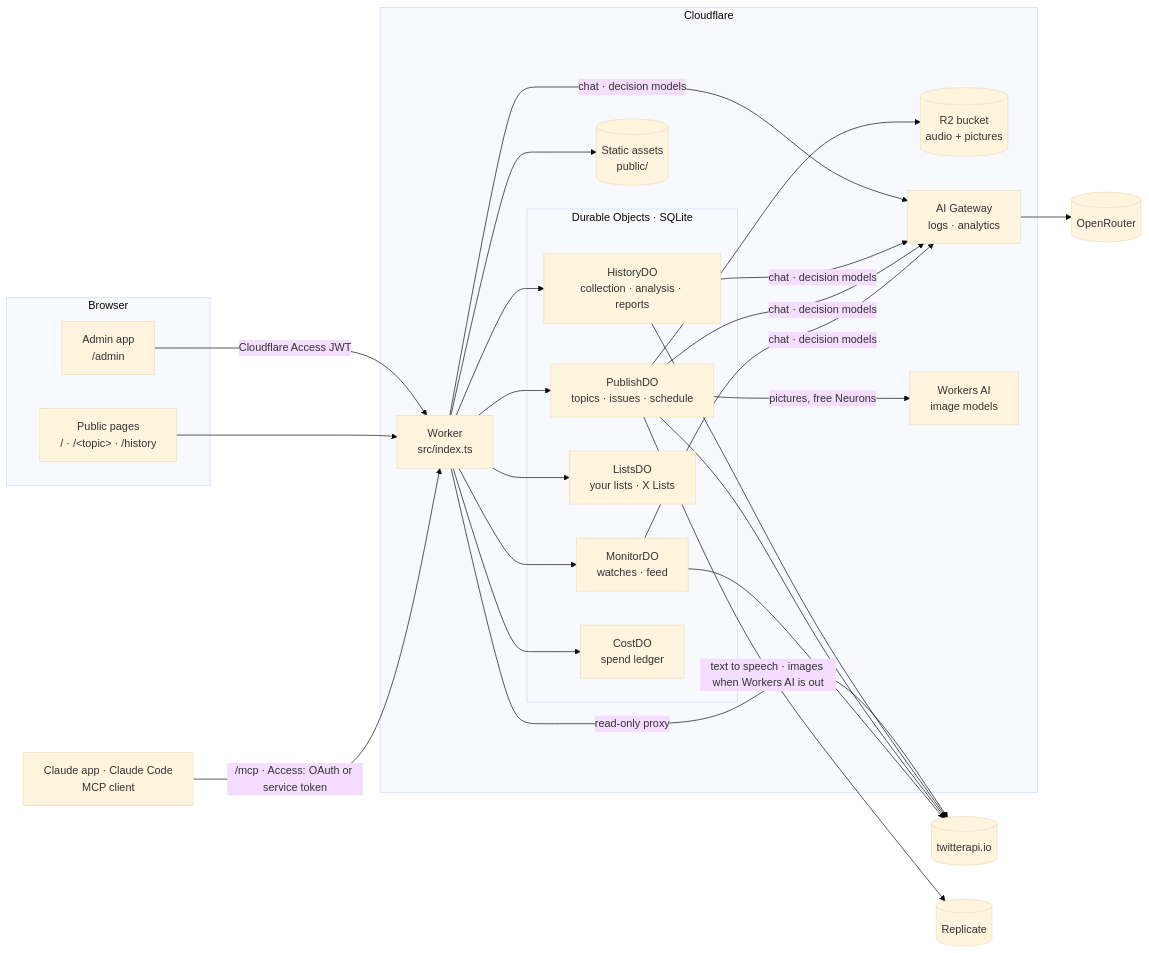
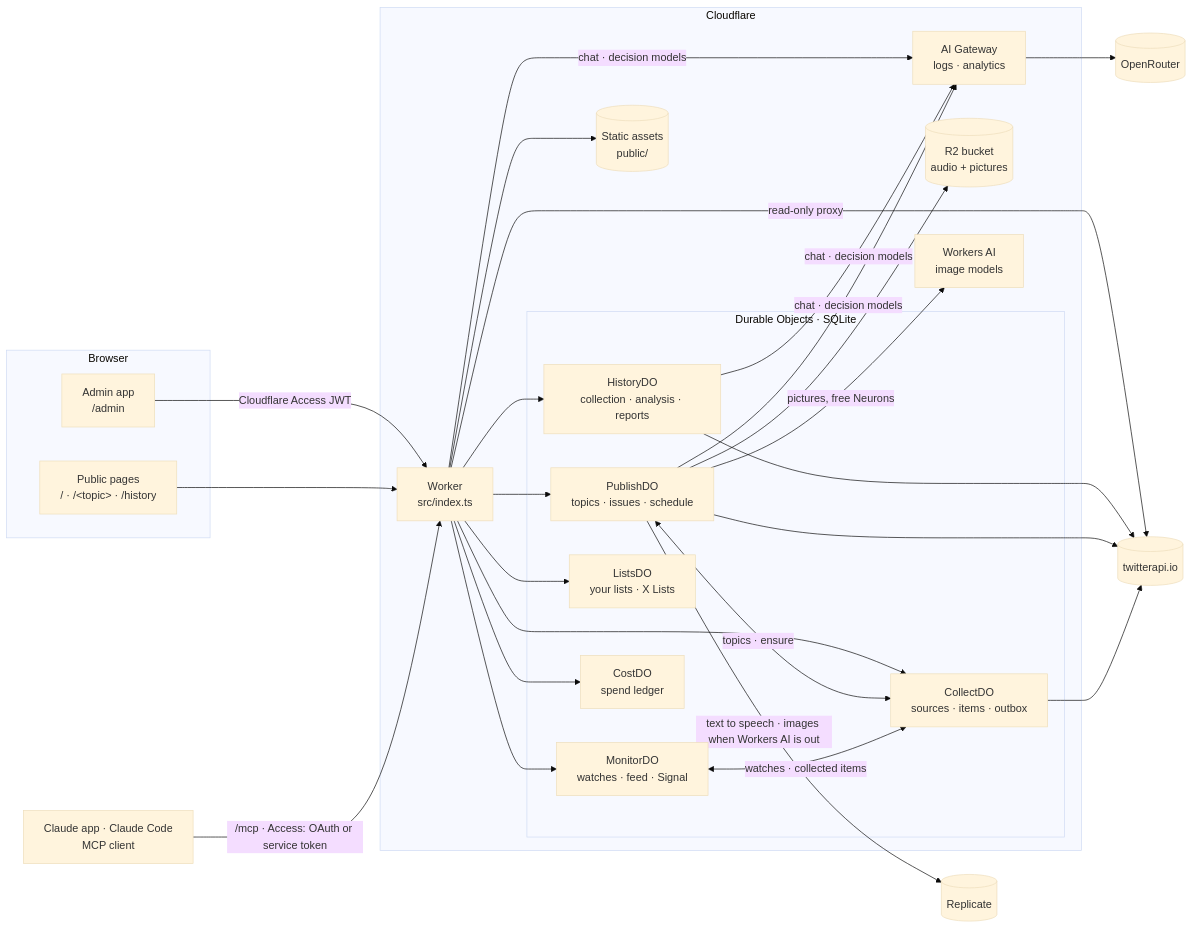
Before and after one commit to fredrikp999/cf-tweetexplorer: the diagram in docs/architecture.md, drawn with Mermaid (base theme). The commit also changed other lines of this file and 17 other files, not shown here.

First line of the commit message:
Data collection is its own layer: briefings, Signal and feed pages declare what they need, sources are collected once, and a Collection tab shows what is fetched, how often, what it cost and who uses it, with a browser for the collected data

````diff
--- a/docs/architecture.md
+++ b/docs/architecture.md
@@ -3,37 +3,40 @@
 ```mermaid
 flowchart LR
   subgraph Browser
     A[Admin app<br/>/admin]
     P[Public pages<br/>/ · /&lt;topic&gt; · /history]
   end
   CL[Claude app · Claude Code<br/>MCP client]
 
   A -->|Cloudflare Access JWT| W
   P --> W
   CL -->|/mcp · Access: OAuth or service token| W
 
   subgraph CF[Cloudflare]
     W[Worker<br/>src/index.ts]
     ASSETS[(Static assets<br/>public/)]
     subgraph DO[Durable Objects · SQLite]
       HIS[HistoryDO<br/>collection · analysis · reports]
       PUB[PublishDO<br/>topics · issues · schedule]
       LST[ListsDO<br/>your lists · X Lists]
-      MON[MonitorDO<br/>watches · feed]
+      MON[MonitorDO<br/>watches · feed · Signal]
+      COL[CollectDO<br/>sources · items · outbox]
       CST[CostDO<br/>spend ledger]
     end
     R2[(R2 bucket<br/>audio + pictures)]
     AIG[AI Gateway<br/>logs · analytics]
     WAI[Workers AI<br/>image models]
     W --> ASSETS
-    W --> HIS & PUB & LST & MON & CST
+    W --> HIS & PUB & LST & MON & COL & CST
+    PUB <-->|topics · ensure| COL
+    MON <-->|watches · collected items| COL
     PUB --> R2
     PUB -->|pictures, free Neurons| WAI
   end
 
   W -->|read-only proxy| TW[(twitterapi.io)]
-  HIS & PUB & MON --> TW
-  W & HIS & PUB & MON -->|chat · decision models| AIG
+  HIS & PUB & COL --> TW
+  W & HIS & PUB -->|chat · decision models| AIG
   AIG --> OR[(OpenRouter)]
   PUB -->|text to speech · images when Workers AI is out| RP[(Replicate)]
 ```
````
